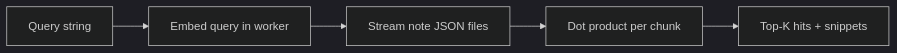
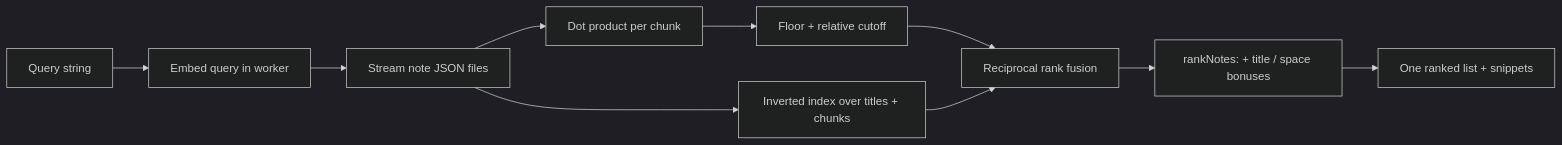
Before and after one commit to adrisons/private-notes: the fourth of 4 diagrams in docs/architecture.md, drawn with Mermaid (dark theme). The commit also changed other lines of this file and 42 other files, not shown here.

````diff
--- a/docs/architecture.md
+++ b/docs/architecture.md
@@ -119,7 +120,12 @@
 ```mermaid
 flowchart LR
   Q[Query string] --> E[Embed query in worker]
   E --> S[Stream note JSON files]
   S --> D[Dot product per chunk]
-  D --> T[Top-K hits + snippets]
+  S --> L[Inverted index over titles + chunks]
+  D --> C[Floor + relative cutoff]
+  C --> F[Reciprocal rank fusion]
+  L --> F
+  F --> R[rankNotes: + title / space bonuses]
+  R --> T[One ranked list + snippets]
 ```
````
